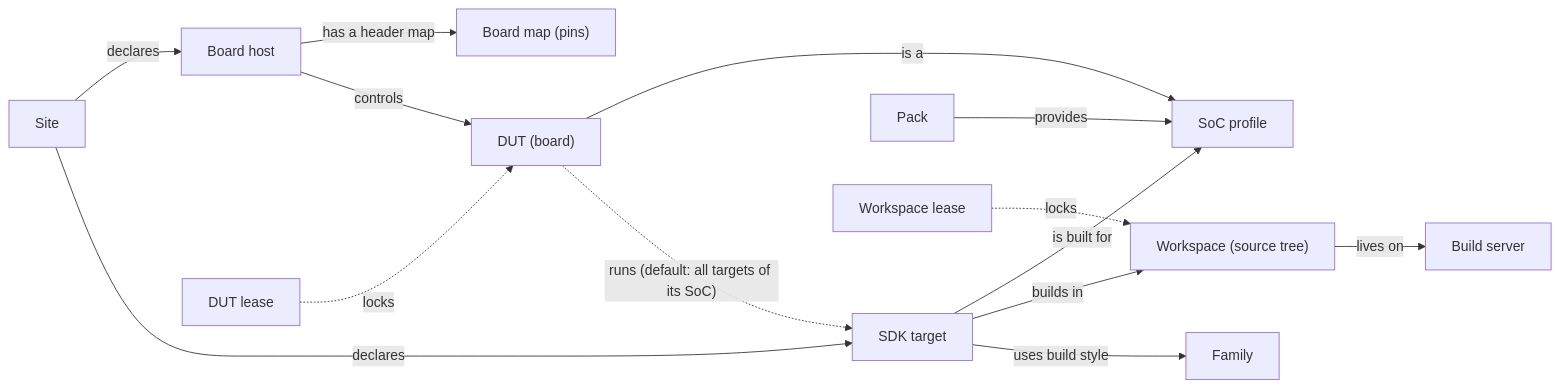
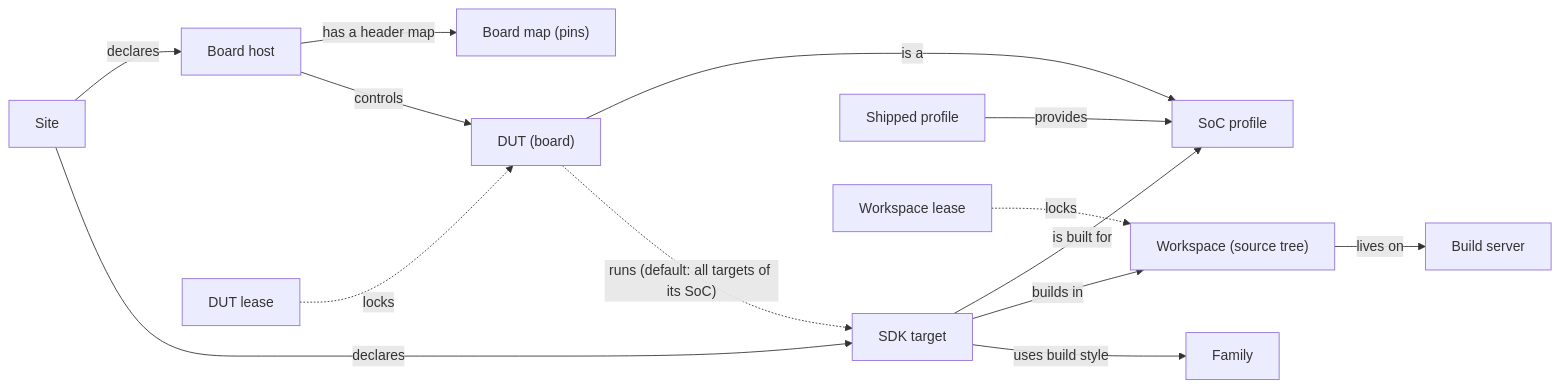
The third of 4 diagrams in docs/architecture.md (rzbdz/boardctrl), drawn with Mermaid before and after one commit. The commit also changed other lines of this file and 7 other files, not shown here.

First line of the commit message:
docs: one word for the thing — a profile, not a pack

````diff
--- a/docs/architecture.md
+++ b/docs/architecture.md
@@ -121,16 +121,16 @@
 ```mermaid
 flowchart LR
   site["Site"] -- declares --> host["Board host"]
   site -- declares --> target["SDK target"]
-  pack["Pack"] -- provides --> soc["SoC profile"]
+  prof["Shipped profile"] -- provides --> soc["SoC profile"]
   host -- "has a header map" --> header["Board map (pins)"]
   host -- "controls" --> dut["DUT (board)"]
   dut -- "is a" --> soc
   target -- "is built for" --> soc
   target -- "builds in" --> ws["Workspace (source tree)"]
   ws -- "lives on" --> bs["Build server"]
   target -- "uses build style" --> fam["Family"]
   dut -. "runs (default: all targets of its SoC)" .-> target
   dlease["DUT lease"] -. locks .-> dut
   wlease["Workspace lease"] -. locks .-> ws
 ```
````
